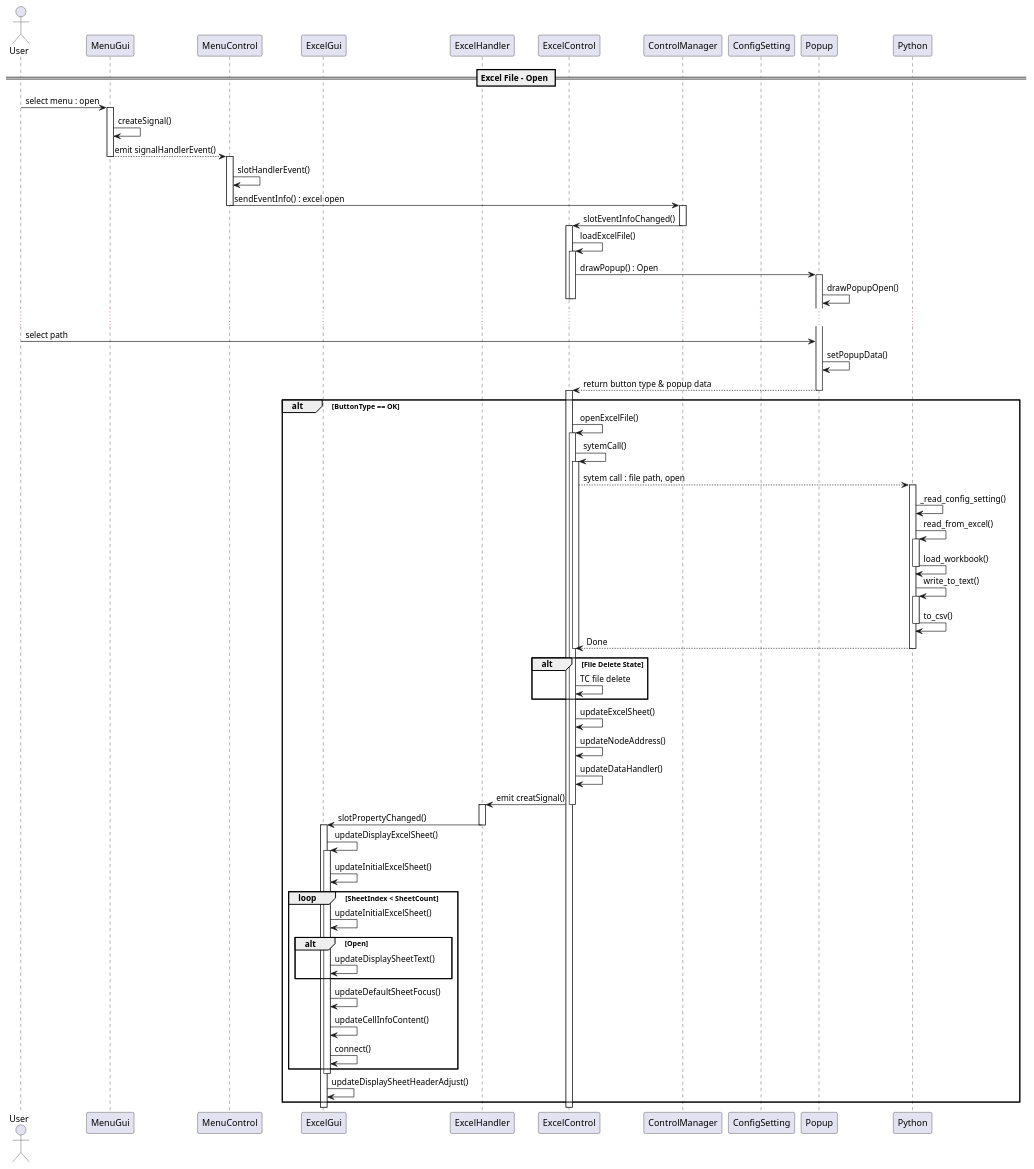
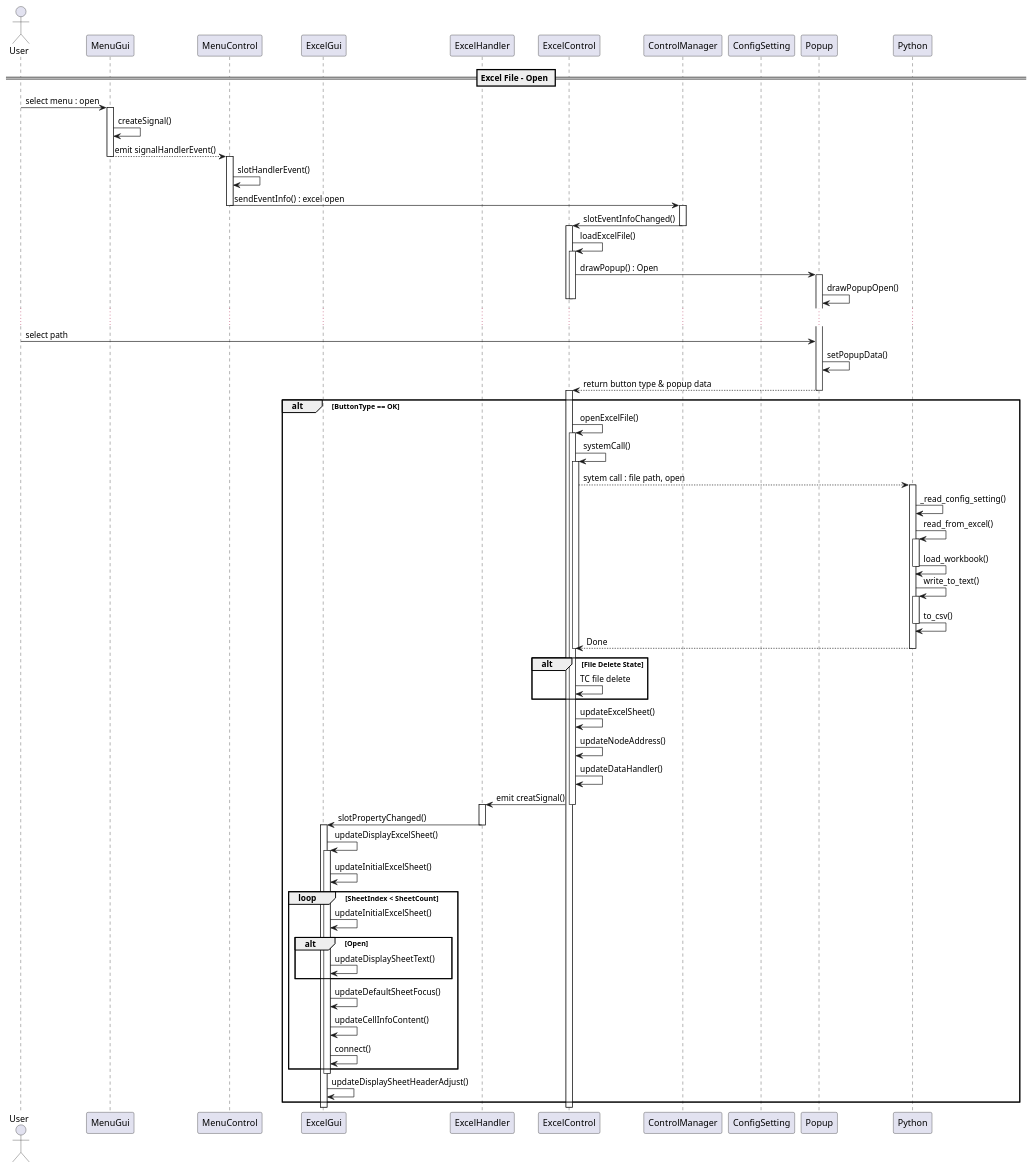
One commit to rlarudgh1997/Application changed the diagram in Diagram/022_Excel/SequenceDiagram_Excel1.plantuml. Above: the diagram before and after it, drawn with PlantUML. The commit also changed 22 other files, not shown here.

```diff
--- a/Diagram/022_Excel/SequenceDiagram_Excel1.plantuml
+++ b/Diagram/022_Excel/SequenceDiagram_Excel1.plantuml
@@ -1,110 +1,110 @@
 @startuml
 
 actor User order 10
 
 participant MenuGui order 10
 ' participant MenuHandler order 20
 participant MenuControl order 30
 
 participant ExcelGui order 40
 participant ExcelHandler order 50
 participant ExcelControl order 60
 
 participant ControlManager order 80
 participant ConfigSetting order 90
 participant Popup order 100
 participant Python order 110
 
 
 == Excel File - Open ==
 
 
 User -> MenuGui: select menu : open
 
 activate MenuGui
 MenuGui -> MenuGui : createSignal()
 MenuGui --> MenuControl : emit signalHandlerEvent()
 deactivate MenuGui
 
 activate MenuControl
 MenuControl -> MenuControl : slotHandlerEvent()
 MenuControl -> ControlManager : sendEventInfo() : excel open
 deactivate MenuControl
 
 activate ControlManager
 ControlManager -> ExcelControl : slotEventInfoChanged()
 deactivate ControlManager
 
 activate ExcelControl
 ExcelControl -> ExcelControl : loadExcelFile()
 activate ExcelControl
 ExcelControl -> Popup : drawPopup() : Open
 activate Popup
 Popup -> Popup : drawPopupOpen()
 deactivate ExcelControl
 deactivate ExcelControl
 
 ...
 
 User -> Popup : select path
 Popup -> Popup : setPopupData()
 ExcelControl <-- Popup : return button type & popup data
 
 alt ButtonType == OK
     deactivate Popup
     activate ExcelControl
 
     ExcelControl -> ExcelControl : openExcelFile()
     activate ExcelControl
-    ExcelControl -> ExcelControl : sytemCall()
+    ExcelControl -> ExcelControl : systemCall()
     activate ExcelControl
     ExcelControl --> Python : sytem call : file path, open
     activate Python
     Python -> Python : _read_config_setting()
     Python -> Python : read_from_excel()
     activate Python
     Python -> Python : load_workbook()
     deactivate Python
     Python -> Python : write_to_text()
     activate Python
     Python -> Python : to_csv()
     deactivate Python
     Python --> ExcelControl : Done
     deactivate Python
     deactivate ExcelControl
 
     alt File Delete State
         ExcelControl -> ExcelControl : TC file delete
     end
 
 
     ExcelControl -> ExcelControl : updateExcelSheet()
     ExcelControl -> ExcelControl : updateNodeAddress()
     ExcelControl -> ExcelControl : updateDataHandler()
     ExcelControl -> ExcelHandler : emit creatSignal()
     deactivate ExcelControl
     activate ExcelHandler
     ExcelHandler -> ExcelGui : slotPropertyChanged()
     deactivate ExcelHandler
     activate ExcelGui
     ExcelGui -> ExcelGui : updateDisplayExcelSheet()
     activate ExcelGui
     ExcelGui -> ExcelGui : updateInitialExcelSheet()
 
     loop SheetIndex < SheetCount
         ExcelGui -> ExcelGui : updateInitialExcelSheet()
 
         alt Open
             ExcelGui -> ExcelGui : updateDisplaySheetText()
         end
 
         ExcelGui -> ExcelGui : updateDefaultSheetFocus()
         ExcelGui -> ExcelGui : updateCellInfoContent()
         ExcelGui -> ExcelGui : connect()
     end
     deactivate ExcelGui
 
     ExcelGui -> ExcelGui : updateDisplaySheetHeaderAdjust()
 end
 
 @enduml
```
